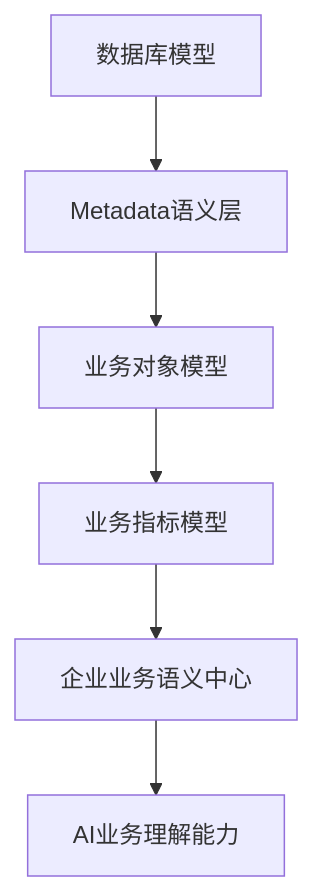
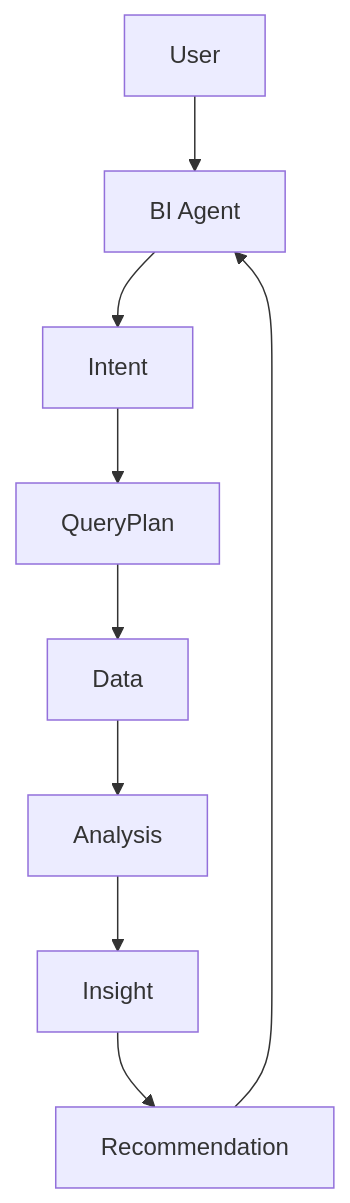
Before and after one commit to wenzhong0606-dev/SuperBuilder_AI: the tenth of 11 diagrams in SuperBulider_AI/wwwroot/Doc/SuperBuilder AI Native BI Phase开发计划.md, drawn with Mermaid. The commit also changed other lines of this file, not shown here.

````diff
--- a/SuperBulider_AI/wwwroot/Doc/SuperBuilder AI Native BI Phase开发计划.md
+++ b/SuperBulider_AI/wwwroot/Doc/SuperBuilder AI Native BI Phase开发计划.md
@@ -1711,34 +2599,37 @@
 ```mermaid
 flowchart TD
 
-
-A[数据库模型]
-
+A[User]
 
 -->
 
-B[Metadata语义层]
-
+B[BI Agent]
 
 -->
 
-C[业务对象模型]
-
+C[Intent]
 
 -->
 
-D[业务指标模型]
-
+D[QueryPlan]
 
 -->
 
-E[企业业务语义中心]
-
+E[Data]
 
 -->
 
-F[AI业务理解能力]
+F[Analysis]
 
+-->
 
+G[Insight]
 
+-->
+
+H[Recommendation]
+
+-->
+
+B
 ```
````
